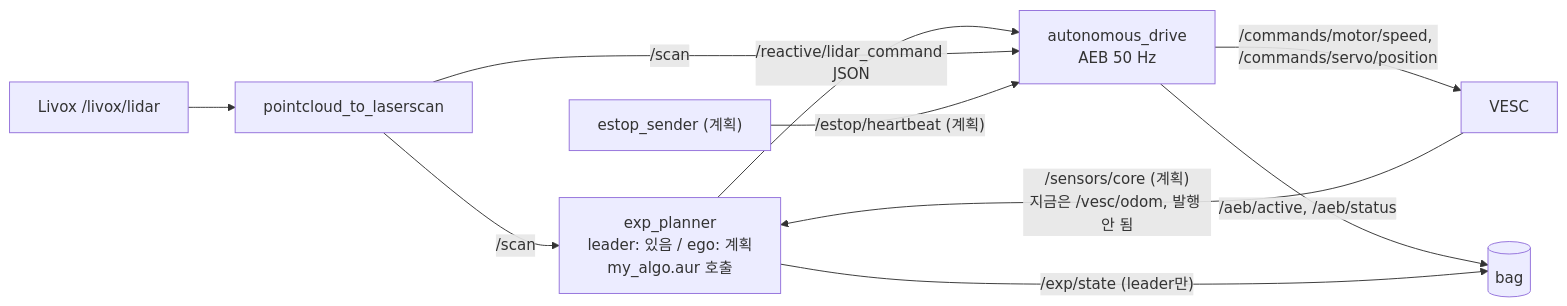
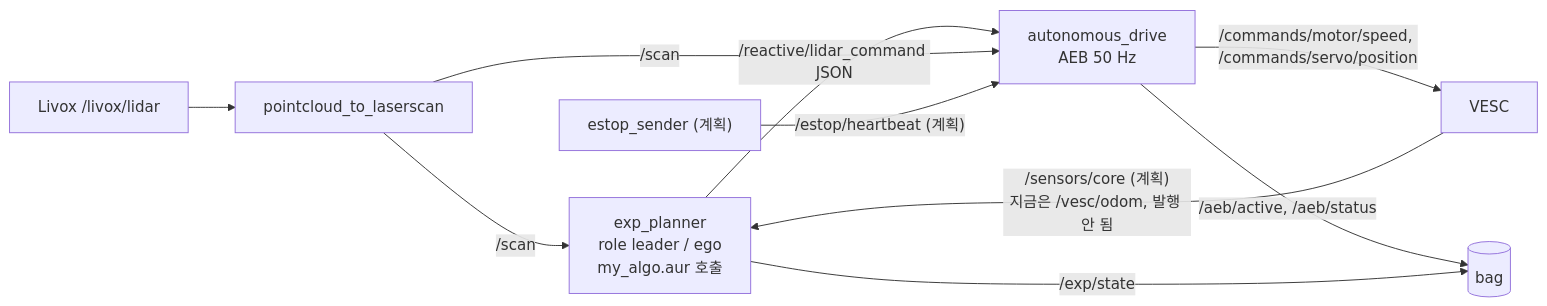
Before and after one commit to SeungBeom046/f1tenth_algo: the first of 3 diagrams in docs/PIPELINE.md, drawn with Mermaid. The commit also changed other lines of this file and 8 other files, not shown here.

````diff
--- a/docs/PIPELINE.md
+++ b/docs/PIPELINE.md
@@ -10,12 +10,12 @@
 ```mermaid
 flowchart LR
     L[Livox /livox/lidar] --> P2L[pointcloud_to_laserscan]
-    P2L -->|/scan| EP["exp_planner<br/>leader: 있음 / ego: 계획<br/>my_algo.aur 호출"]
+    P2L -->|/scan| EP["exp_planner<br/>role leader / ego<br/>my_algo.aur 호출"]
     VESC[VESC] -->|"/sensors/core (계획)<br/>지금은 /vesc/odom, 발행 안 됨"| EP
     EP -->|/reactive/lidar_command JSON| AD[autonomous_drive<br/>AEB 50 Hz]
     P2L -->|/scan| AD
     AD -->|/commands/motor/speed, /commands/servo/position| VESC
     AD -->|/aeb/active, /aeb/status| LOG[(bag)]
-    EP -->|"/exp/state (leader만)"| LOG
+    EP -->|/exp/state| LOG
     HB["estop_sender (계획)"] -->|"/estop/heartbeat (계획)"| AD
 ```
````
